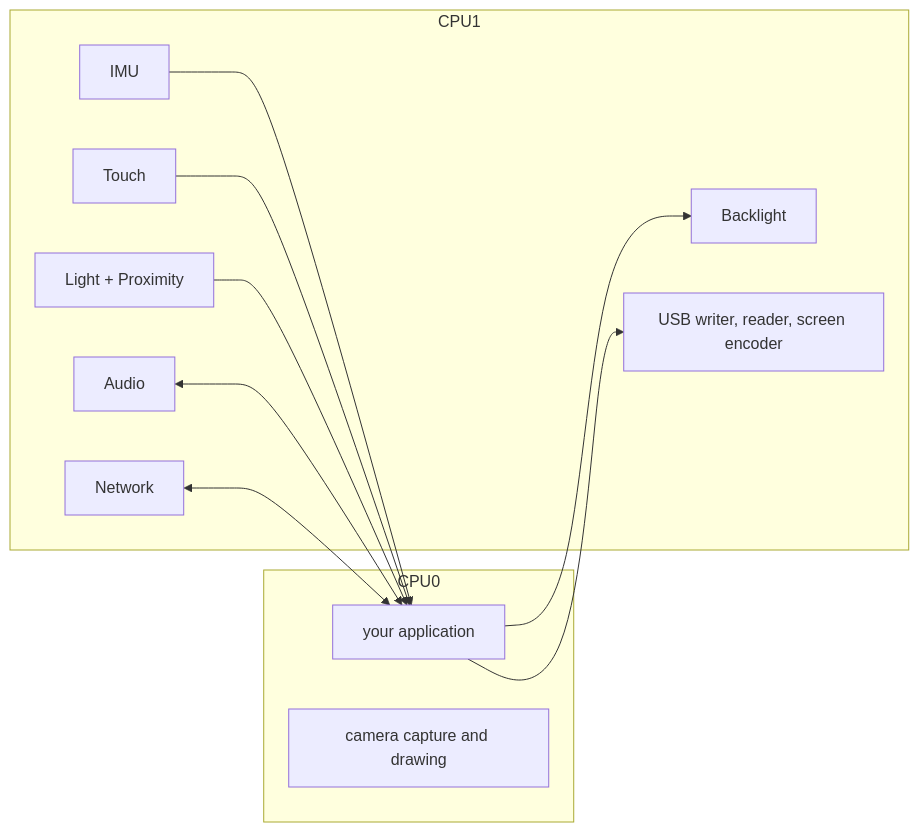
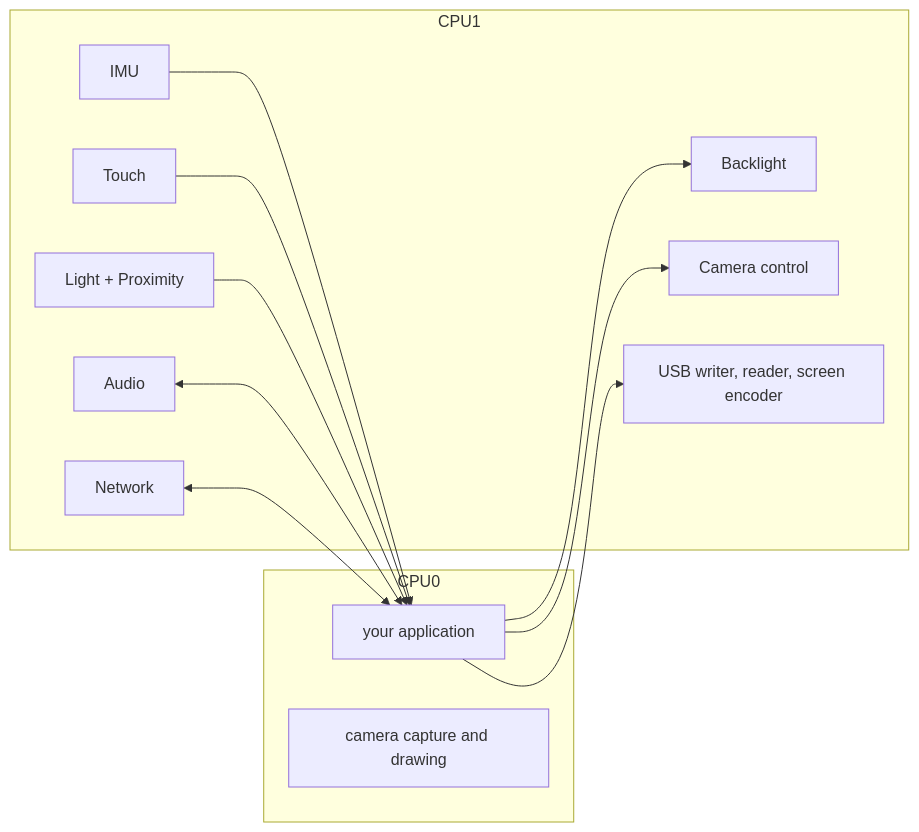
Before and after one commit to ERNICommunity/hack-and-hike-2026-rust: the third of 8 diagrams in docs/architecture.md, drawn with Mermaid. The commit also changed other lines of this file and 1 other file, not shown here.

````diff
--- a/docs/architecture.md
+++ b/docs/architecture.md
@@ -178,23 +181,25 @@
 ```mermaid
 flowchart LR
     subgraph CPU0
         App["your application"]
         Camera["camera capture and drawing"]
     end
     subgraph CPU1
         IMU["IMU"]
         Touch["Touch"]
         Light["Light + Proximity"]
         Audio["Audio"]
         Network["Network"]
         Backlight["Backlight"]
+        CameraControl["Camera control"]
         Usb["USB writer, reader, screen encoder"]
     end
     IMU --> App
     Touch --> App
     Light --> App
     Audio <--> App
     Network <--> App
     App --> Backlight
+    App --> CameraControl
     App --> Usb
 ```
````
